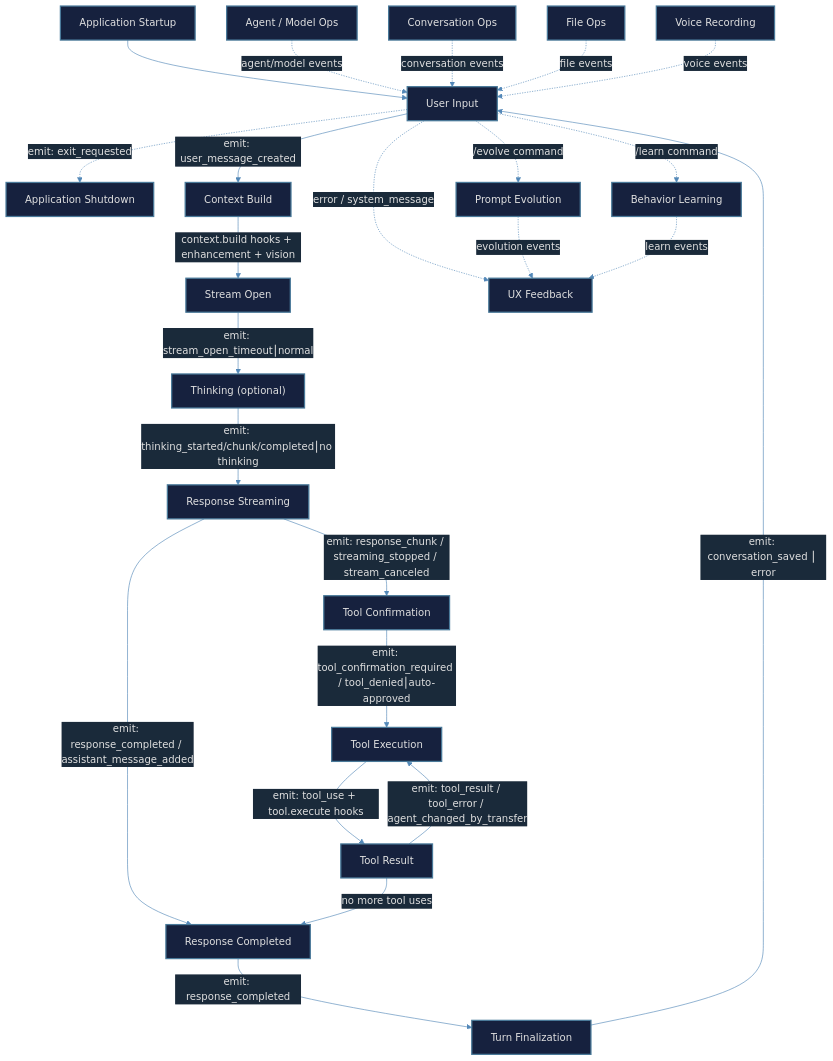
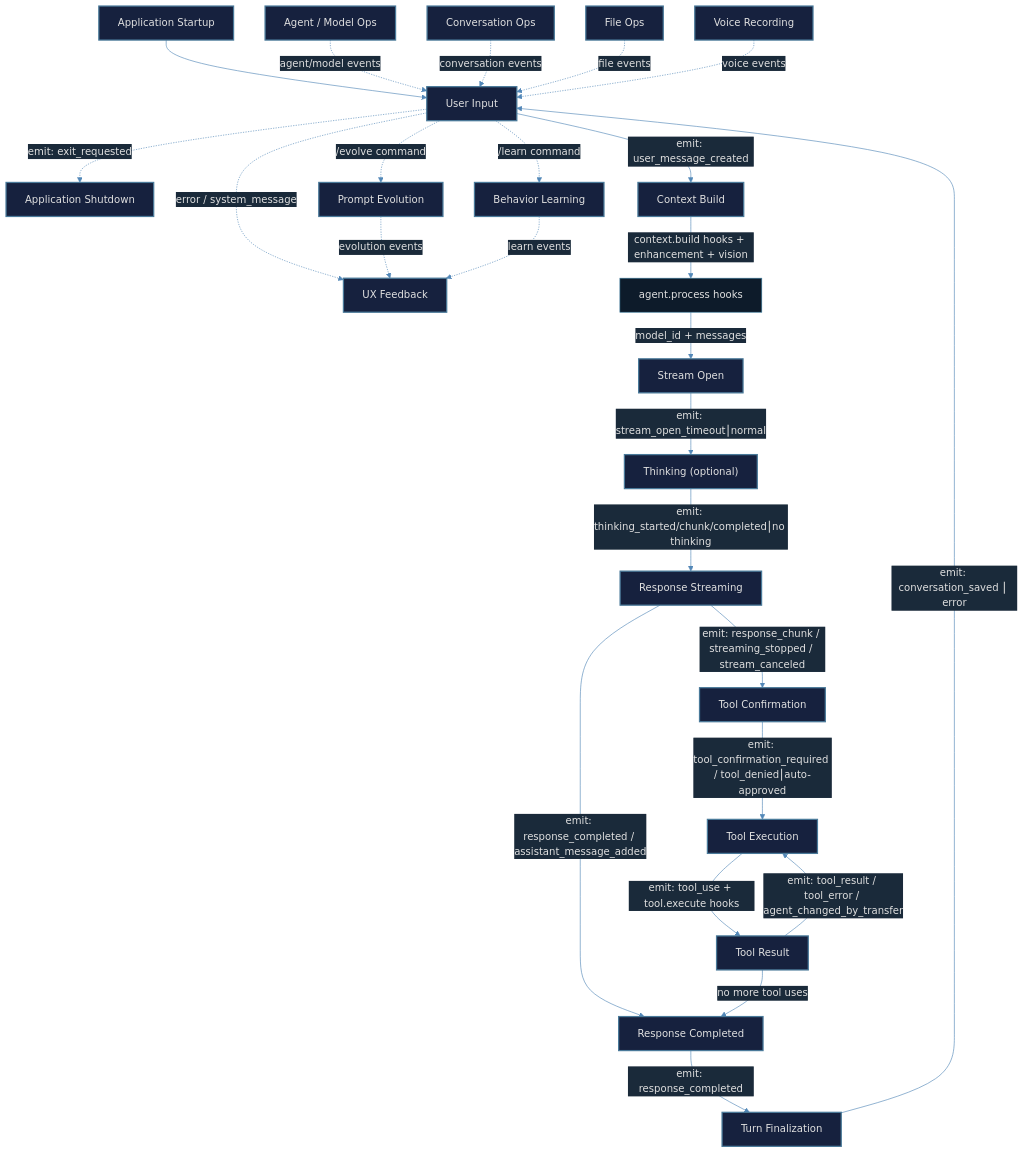
The diagram in GUIDE_WORKFLOWS.md (saigontechnology/AgentCrew), drawn with Mermaid before and after one commit. The commit also changed other lines of this file and 4 other files, not shown here.

Commit message:
feat(hooks): wired agent.process hook points

````diff
--- a/GUIDE_WORKFLOWS.md
+++ b/GUIDE_WORKFLOWS.md
@@ -528,58 +528,59 @@
 ```mermaid
 %%{init: {'theme': 'base', 'themeVariables': {
   'primaryColor': '#0d1b2a',
   'primaryTextColor': '#e0e0e0',
   'lineColor': '#5388b8',
   'primaryBorderColor': '#3a7a9a',
   'secondaryColor': '#1a2a3a',
   'tertiaryColor': '#1a3a2a'
 }}}%%
 
 flowchart TD
     STARTUP["Application Startup"]:::phase
     SHUTDOWN["Application Shutdown"]:::phase
     USER_INPUT["User Input"]:::phase
     CONTEXT_BUILD["Context Build"]:::phase
     STREAM_OPEN["Stream Open"]:::phase
     THINKING["Thinking (optional)"]:::phase
     RESPONSE_STREAM["Response Streaming"]:::phase
     TOOL_CONFIRM["Tool Confirmation"]:::phase
     TOOL_EXEC["Tool Execution"]:::phase
     TOOL_RESULT_PHASE["Tool Result"]:::phase
     RESPONSE_DONE["Response Completed"]:::phase
     TURN_FINALIZE["Turn Finalization"]:::phase
     AGENT_OPS["Agent / Model Ops"]:::phase
     CONV_OPS["Conversation Ops"]:::phase
     FILE_OPS["File Ops"]:::phase
     EVOLUTION["Prompt Evolution"]:::phase
     LEARNING["Behavior Learning"]:::phase
     VOICE["Voice Recording"]:::phase
     UX_FEEDBACK["UX Feedback"]:::phase
 
     STARTUP --> USER_INPUT
     USER_INPUT -->|"emit: user_message_created"| CONTEXT_BUILD
-    CONTEXT_BUILD -->|"context.build hooks + enhancement + vision"| STREAM_OPEN
+    CONTEXT_BUILD -->|"context.build hooks + enhancement + vision"| AGENT_PROCESS
+    AGENT_PROCESS["agent.process hooks"] -->|"model_id + messages"| STREAM_OPEN
     STREAM_OPEN -->|"emit: stream_open_timeout⎮normal"| THINKING
     THINKING -->|"emit: thinking_started/chunk/completed⎮no thinking"| RESPONSE_STREAM
     RESPONSE_STREAM -->|"emit: response_chunk / streaming_stopped / stream_canceled"| TOOL_CONFIRM
     RESPONSE_STREAM -->|"emit: response_completed / assistant_message_added"| RESPONSE_DONE
     TOOL_CONFIRM -->|"emit: tool_confirmation_required / tool_denied⎮auto-approved"| TOOL_EXEC
     TOOL_EXEC -->|"emit: tool_use + tool.execute hooks"| TOOL_RESULT_PHASE
     TOOL_RESULT_PHASE -->|"emit: tool_result / tool_error / agent_changed_by_transfer"| TOOL_EXEC
     TOOL_RESULT_PHASE -->|"no more tool uses"| RESPONSE_DONE
     RESPONSE_DONE -->|"emit: response_completed"| TURN_FINALIZE
     TURN_FINALIZE -->|"emit: conversation_saved ⎮ error"| USER_INPUT
 
     AGENT_OPS -.->|"agent/model events"| USER_INPUT
     CONV_OPS -.->|"conversation events"| USER_INPUT
     FILE_OPS -.->|"file events"| USER_INPUT
     USER_INPUT -.->|"/evolve command"| EVOLUTION
     USER_INPUT -.->|"/learn command"| LEARNING
     USER_INPUT -.->|"error / system_message"| UX_FEEDBACK
     EVOLUTION -.->|"evolution events"| UX_FEEDBACK
     LEARNING -.->|"learn events"| UX_FEEDBACK
     USER_INPUT -.->|"emit: exit_requested"| SHUTDOWN
     VOICE -.->|"voice events"| USER_INPUT
 
     classDef phase fill:#16213e,stroke:#4a7a9a,color:#e0e0e0,stroke-width:2px;
 ```
````
